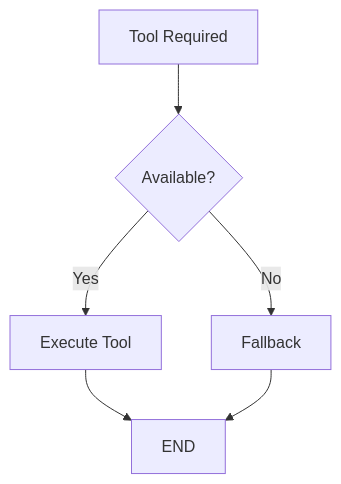
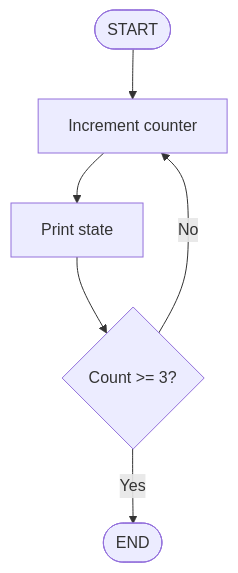
Before and after one commit to MihirKJha/enterprise-ai-engineering-handbook: the second of 3 diagrams in docs/08-ai-engineering-frameworks/langgraph/20-langgraph-nodes-edges-and-routing.md, drawn with Mermaid. The commit also changed other lines of this file and 10 other files, not shown here.

````diff
--- a/docs/08-ai-engineering-frameworks/langgraph/20-langgraph-nodes-edges-and-routing.md
+++ b/docs/08-ai-engineering-frameworks/langgraph/20-langgraph-nodes-edges-and-routing.md
@@ -880,13 +196,8 @@
 ```mermaid
 flowchart TD
-
-    A[Tool Required] --> B{Available?}
-
-    B -->|Yes| C[Execute Tool]
-
-    B -->|No| D[Fallback]
-
-    C --> E[END]
-
-    D --> E
+    A([START]) --> B[Increment counter]
+    B --> C[Print state]
+    C --> D{Count >= 3?}
+    D -->|No| B
+    D -->|Yes| E([END])
 ```
````
